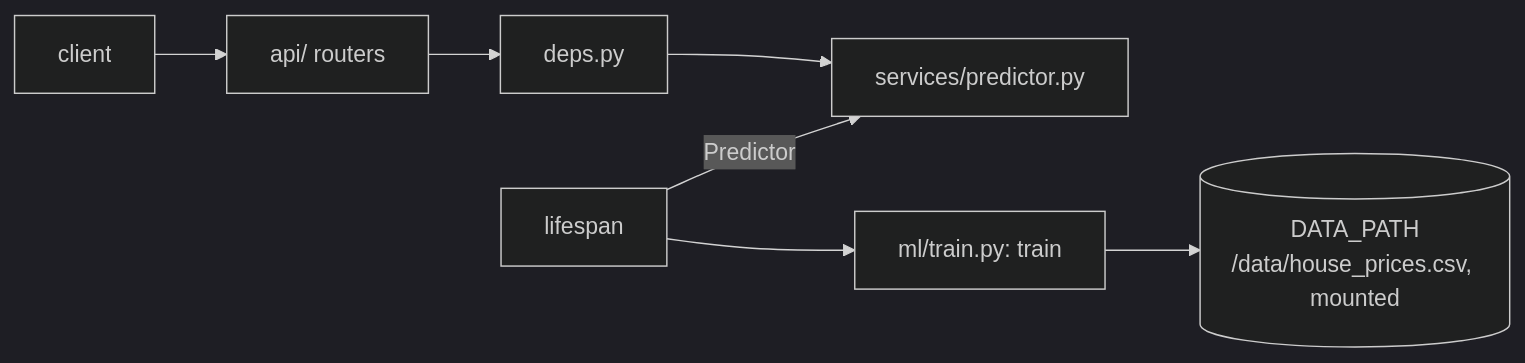
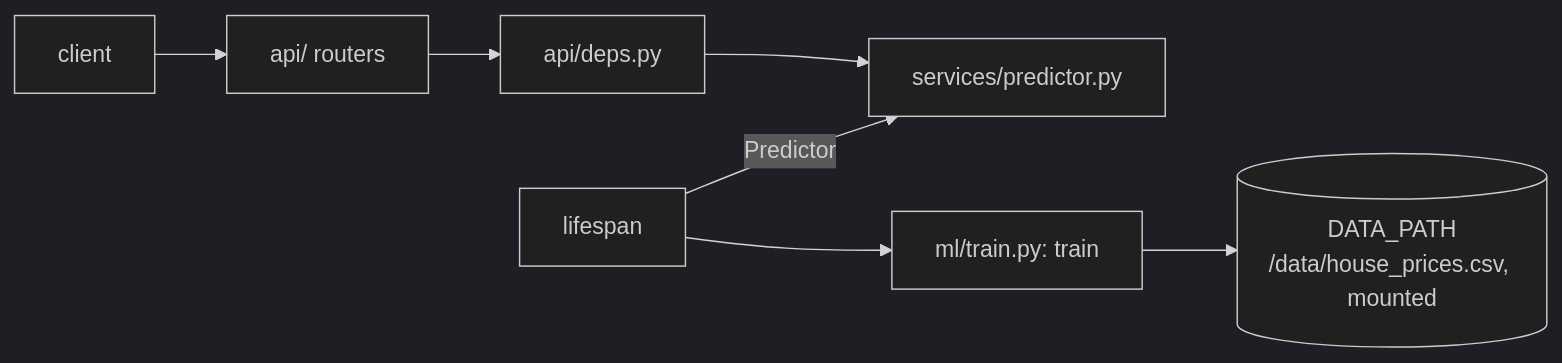
One commit to Ekhrapykin/housing-prediction-portal changed the first of 2 diagrams in ml-api/ARCHITECTURE.md. Above: the diagram before and after it, drawn with Mermaid (dark theme). The commit also changed other lines of this file and 34 other files, not shown here.

````diff
--- a/ml-api/ARCHITECTURE.md
+++ b/ml-api/ARCHITECTURE.md
@@ -5,9 +5,9 @@
 ```mermaid
 flowchart LR
   C[client] --> R[api/ routers]
-  R --> D[deps.py]
+  R --> D[api/deps.py]
   D --> S[services/predictor.py]
   L[lifespan] --> T[ml/train.py: train]
   T --> CSV[(DATA_PATH<br/>/data/house_prices.csv, mounted)]
   L -->|Predictor| S
 ```
````
